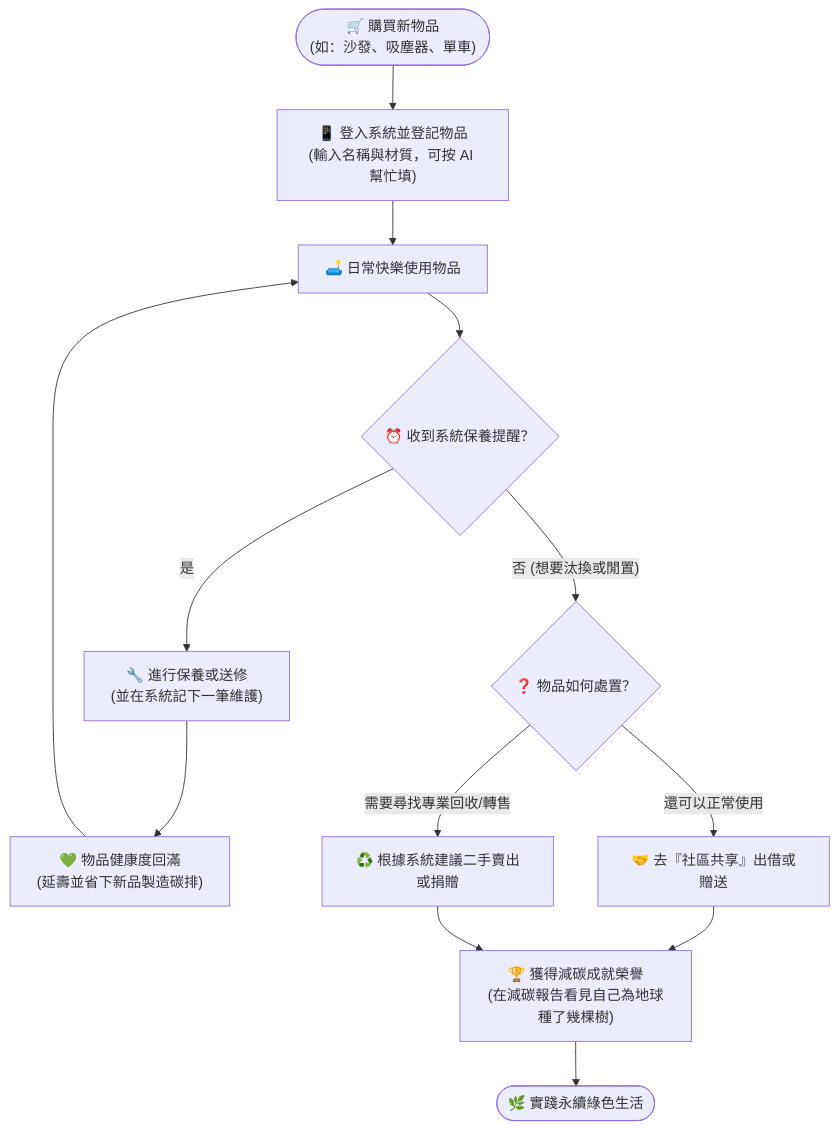
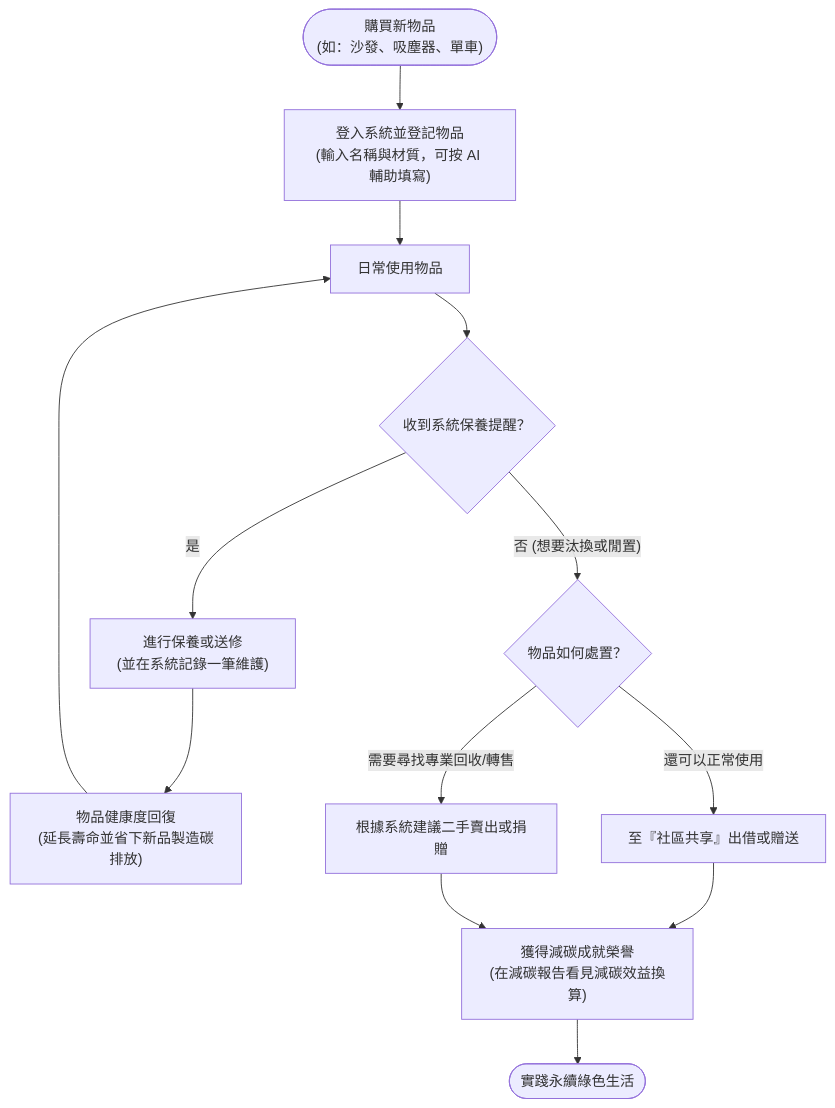
One commit to Erin-ko/GreenPassport changed the sixth of 7 diagrams in doc/system_analysis.md. Above: the diagram before and after it, drawn with Mermaid. The commit also changed other lines of this file, not shown here.

Commit message:
docs: 移除實際操作流程圖中的 emoji

````diff
--- a/doc/system_analysis.md
+++ b/doc/system_analysis.md
@@ -221,19 +221,19 @@
 ```mermaid
 graph TD
-    Start(["🛒 購買新物品 <br/> (如：沙發、吸塵器、單車)"]) --> Register["📱 登入系統並登記物品<br/>(輸入名稱與材質，可按 AI 幫忙填)"]
-    Register --> Use["🛋️ 日常快樂使用物品"]
-    Use --> Alert{"⏰ 收到系統保養提醒？"}
+    Start(["購買新物品 <br/> (如：沙發、吸塵器、單車)"]) --> Register["登入系統並登記物品<br/>(輸入名稱與材質，可按 AI 輔助填寫)"]
+    Register --> Use["日常使用物品"]
+    Use --> Alert{"收到系統保養提醒？"}
     
-    Alert -- 是 --> Maintain["🔧 進行保養或送修<br/>(並在系統記下一筆維護)"]
-    Maintain --> Health["💚 物品健康度回滿<br/>(延壽並省下新品製造碳排)"]
+    Alert -- 是 --> Maintain["進行保養或送修<br/>(並在系統記錄一筆維護)"]
+    Maintain --> Health["物品健康度回復<br/>(延長壽命並省下新品製造碳排放)"]
     Health --> Use
     
-    Alert -- 否 (想要汰換或閒置) --> Decision{"❓ 物品如何處置？"}
+    Alert -- 否 (想要汰換或閒置) --> Decision{"物品如何處置？"}
     
-    Decision -->|還可以正常使用| Share["🤝 去『社區共享』出借或贈送"]
-    Decision -->|需要尋找專業回收/轉售| Recover["♻️ 根據系統建議二手賣出或捐贈"]
+    Decision -->|還可以正常使用| Share["至『社區共享』出借或贈送"]
+    Decision -->|需要尋找專業回收/轉售| Recover["根據系統建議二手賣出或捐贈"]
     
-    Share --> Reward["🏆 獲得減碳成就榮譽<br/>(在減碳報告看見自己為地球種了幾棵樹)"]
+    Share --> Reward["獲得減碳成就榮譽<br/>(在減碳報告看見減碳效益換算)"]
     Recover --> Reward
-    Reward --> End([🌿 實踐永續綠色生活])
+    Reward --> End([實踐永續綠色生活])
 ```
````
